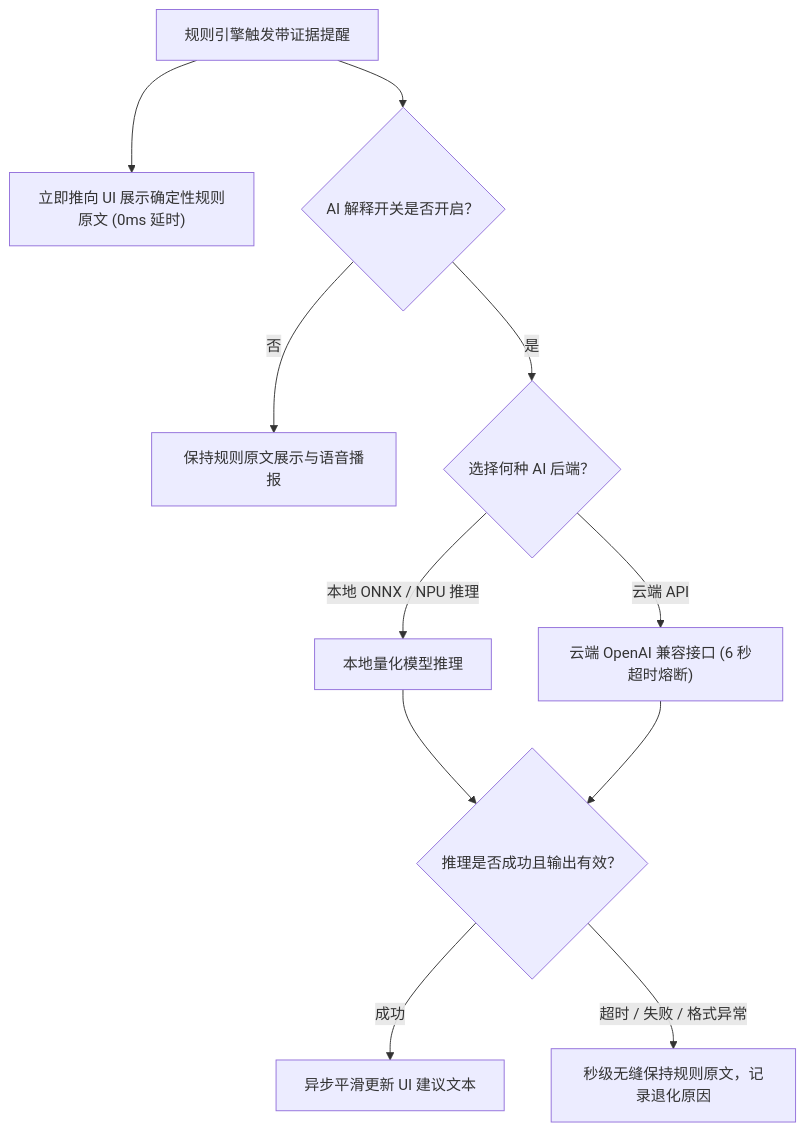
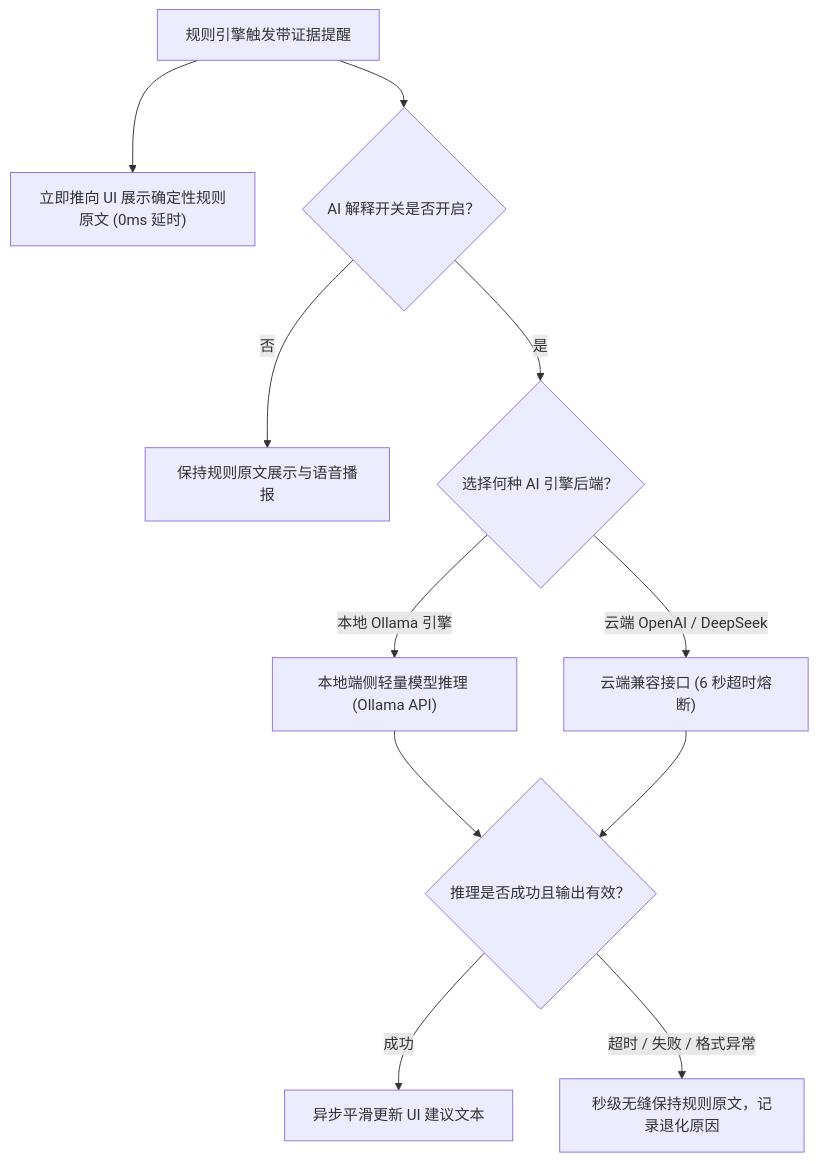
One commit to filusilia/tiny-coach changed the second of 4 diagrams in docs/SUBSYSTEM_RUNTIMES.md. Above: the diagram before and after it, drawn with Mermaid. The commit also changed other lines of this file and 284 other files, not shown here.

````diff
--- a/docs/SUBSYSTEM_RUNTIMES.md
+++ b/docs/SUBSYSTEM_RUNTIMES.md
@@ -64,14 +68,14 @@
 ```mermaid
 flowchart TD
     RuleHit["规则引擎触发带证据提醒"] --> UI_Fast["立即推向 UI 展示确定性规则原文 (0ms 延时)"]
     RuleHit --> AiSwitch{"AI 解释开关是否开启？"}
     AiSwitch -- 否 --> End["保持规则原文展示与语音播报"]
-    AiSwitch -- 是 --> Backend{"选择何种 AI 后端？"}
+    AiSwitch -- 是 --> Backend{"选择何种 AI 引擎后端？"}
     
-    Backend -- "本地 ONNX / NPU 推理" --> NpuRun["本地量化模型推理"]
-    Backend -- "云端 API" --> CloudRun["云端 OpenAI 兼容接口 (6 秒超时熔断)"]
+    Backend -- "本地 Ollama 引擎" --> OllamaRun["本地端侧轻量模型推理 (Ollama API)"]
+    Backend -- "云端 OpenAI / DeepSeek" --> CloudRun["云端兼容接口 (6 秒超时熔断)"]
     
-    NpuRun & CloudRun --> Check{"推理是否成功且输出有效？"}
+    OllamaRun & CloudRun --> Check{"推理是否成功且输出有效？"}
     Check -- 成功 --> UI_Update["异步平滑更新 UI 建议文本"]
     Check -- 超时 / 失败 / 格式异常 --> UI_Fallback["秒级无缝保持规则原文，记录退化原因"]
 ```
````
